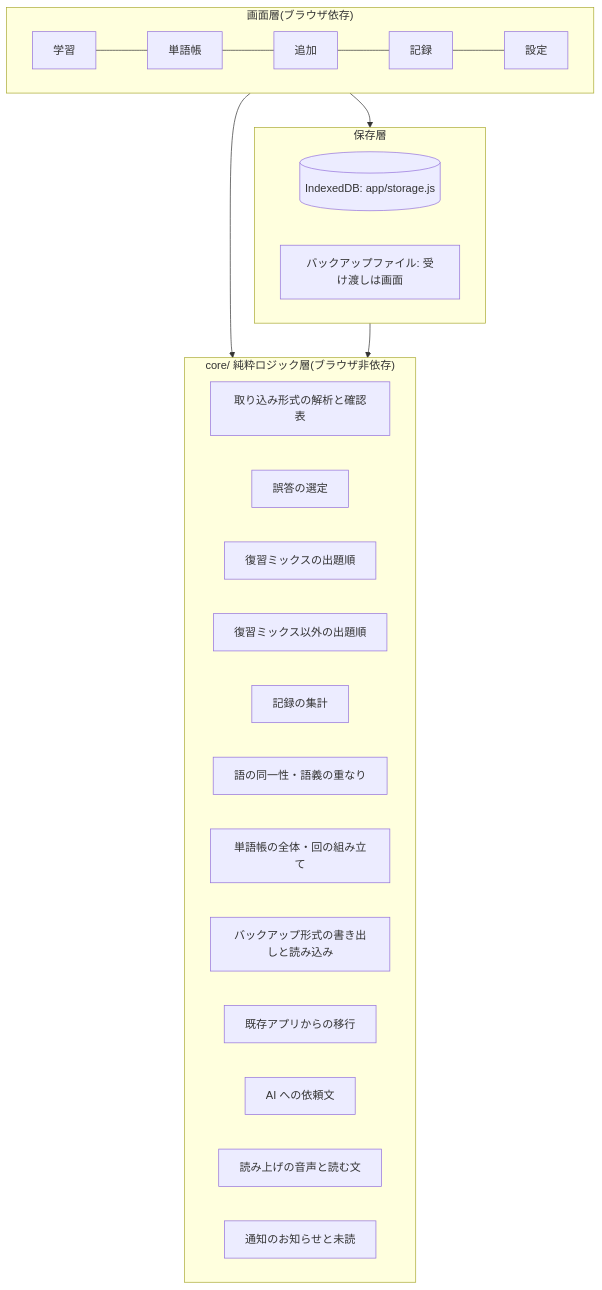
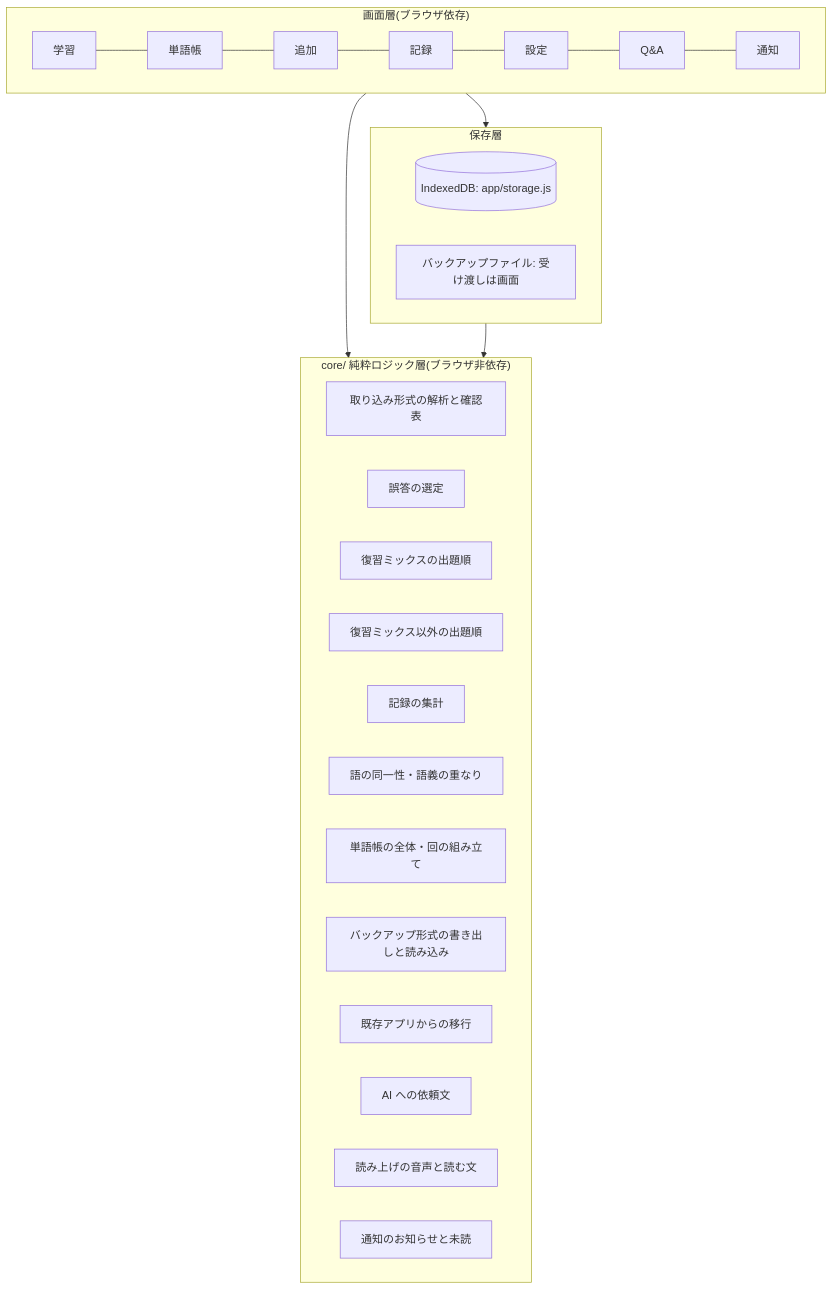
Before and after one commit to Hirano-Soura/tango-drill: the diagram in Docs/10_Design.md, drawn with Mermaid. The commit also changed 11 other files, not shown here.

````diff
--- a/Docs/10_Design.md
+++ b/Docs/10_Design.md
@@ -39,30 +39,32 @@
 ```mermaid
 flowchart TB
   subgraph UI["画面層(ブラウザ依存)"]
     A[学習] --- B[単語帳]
     B --- C[追加]
     C --- D[記録]
     D --- E[設定]
+    E --- H[Q&A]
+    H --- J[通知]
   end
   subgraph CORE["core/ 純粋ロジック層(ブラウザ非依存)"]
     P[取り込み形式の解析と確認表]
     Q[誤答の選定]
     R[復習ミックスの出題順]
     O[復習ミックス以外の出題順]
     S[記録の集計]
     T[語の同一性・語義の重なり]
     K[単語帳の全体・回の組み立て]
     V[バックアップ形式の書き出しと読み込み]
     M[既存アプリからの移行]
     G[AI への依頼文]
     W[読み上げの音声と読む文]
     N[通知のお知らせと未読]
   end
   subgraph STORE["保存層"]
     I[(IndexedDB: app/storage.js)]
     F[バックアップファイル: 受け渡しは画面]
   end
   UI --> CORE
   UI --> STORE
   STORE --> CORE
 ```
````
